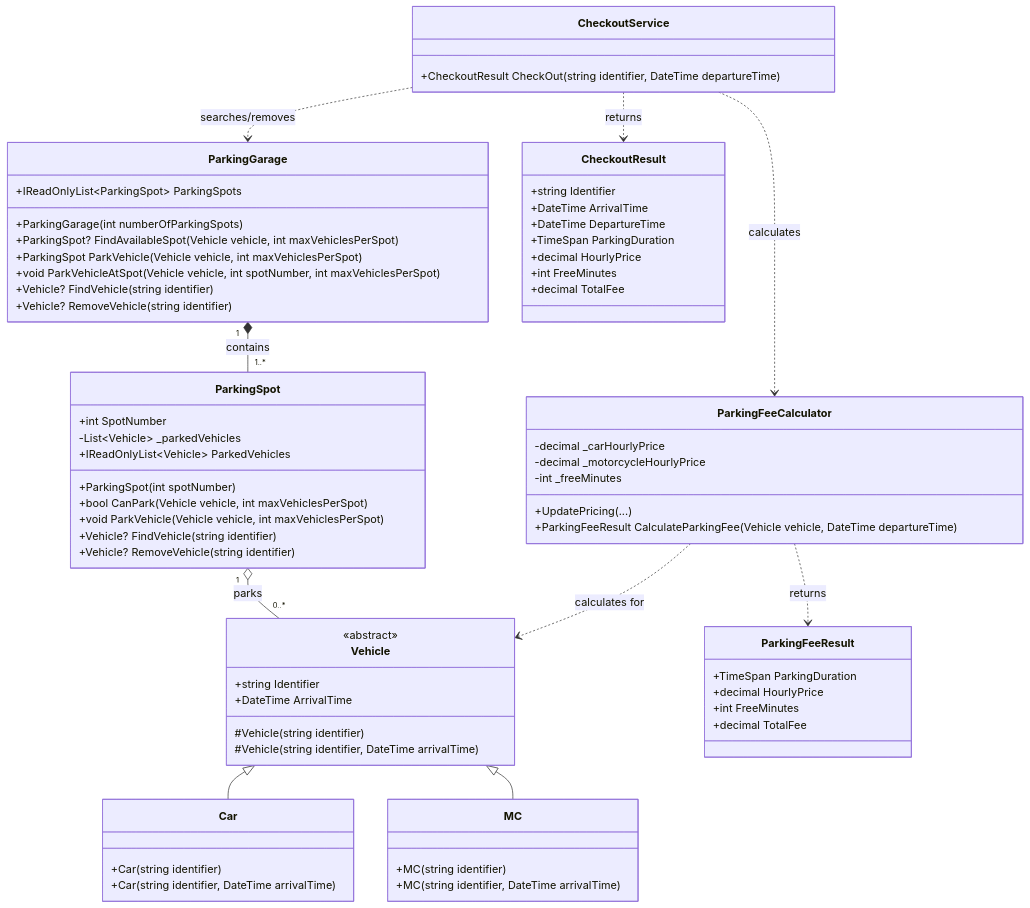
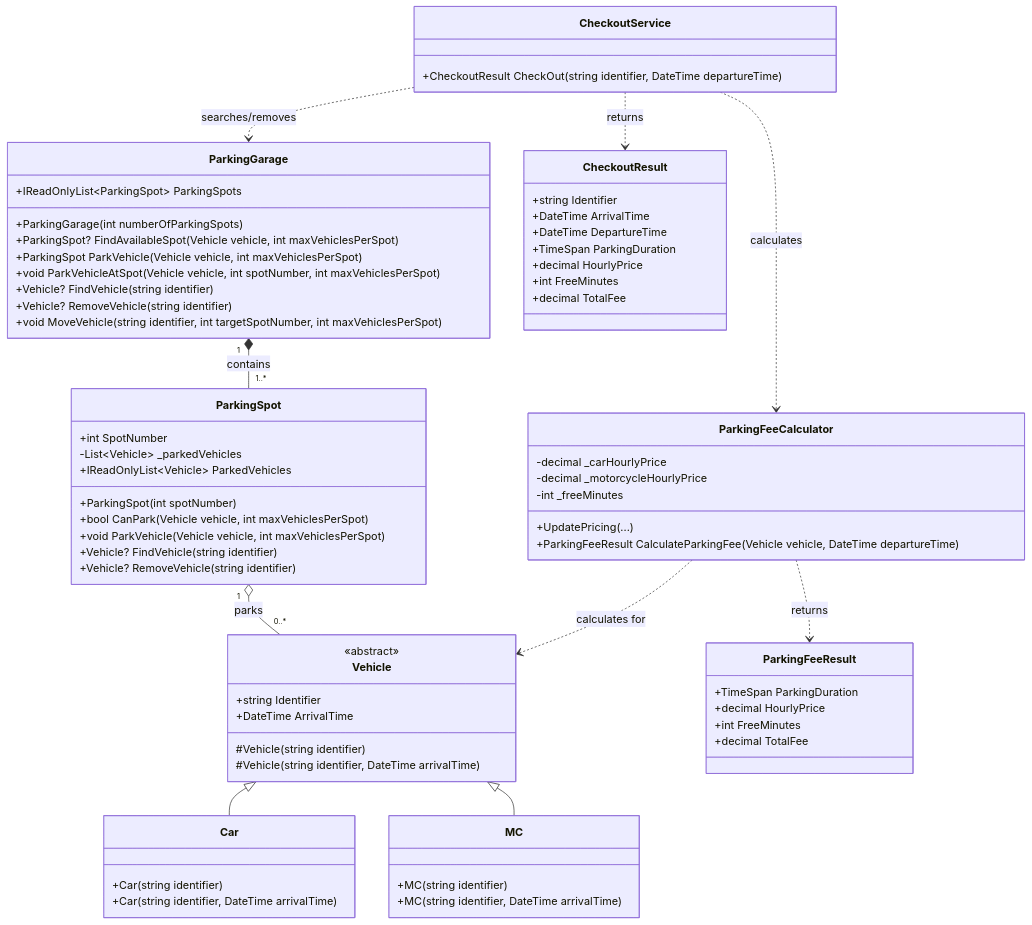
The first of 4 diagrams in docs/class-diagram.md (KYH-RAMI/CSharp-Assignments), drawn with Mermaid before and after one commit. The commit also changed other lines of this file and 15 other files, not shown here.

```diff
--- a/docs/class-diagram.md
+++ b/docs/class-diagram.md
@@ -50,6 +50,7 @@
         +void ParkVehicleAtSpot(Vehicle vehicle, int spotNumber, int maxVehiclesPerSpot)
         +Vehicle? FindVehicle(string identifier)
         +Vehicle? RemoveVehicle(string identifier)
+        +void MoveVehicle(string identifier, int targetSpotNumber, int maxVehiclesPerSpot)
     }
 
     class ParkingFeeCalculator {
```
